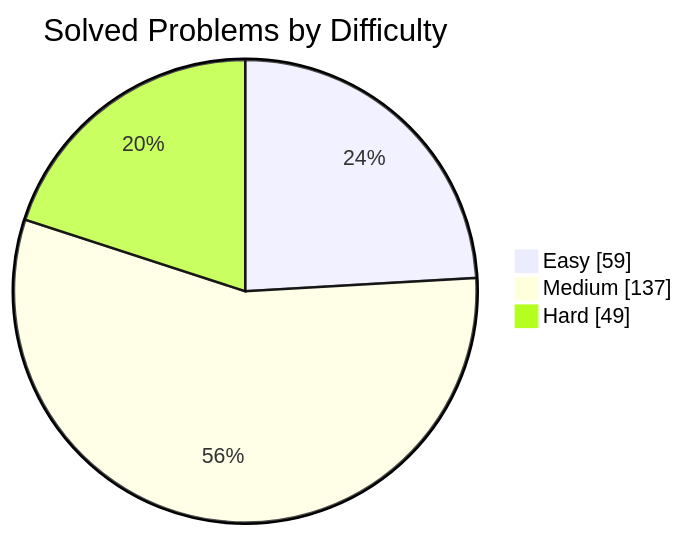
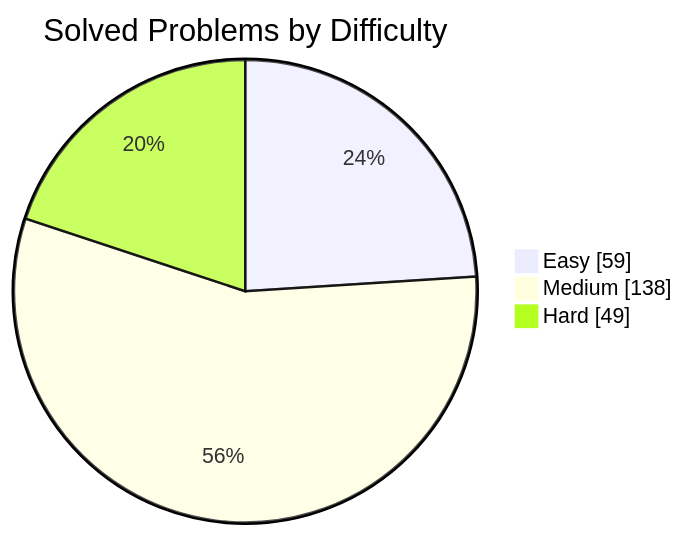
Before and after one commit to manikantbindass/DSA-Preparation-FAANG: the first of 2 diagrams in README.md, drawn with Mermaid. The commit also changed other lines of this file and 1 other file, not shown here.

````diff
--- a/README.md
+++ b/README.md
@@ -42,7 +42,7 @@
 ```mermaid
 pie showData
     title Solved Problems by Difficulty
     "Easy" : 59
-    "Medium" : 137
+    "Medium" : 138
     "Hard" : 49
 ```
````
